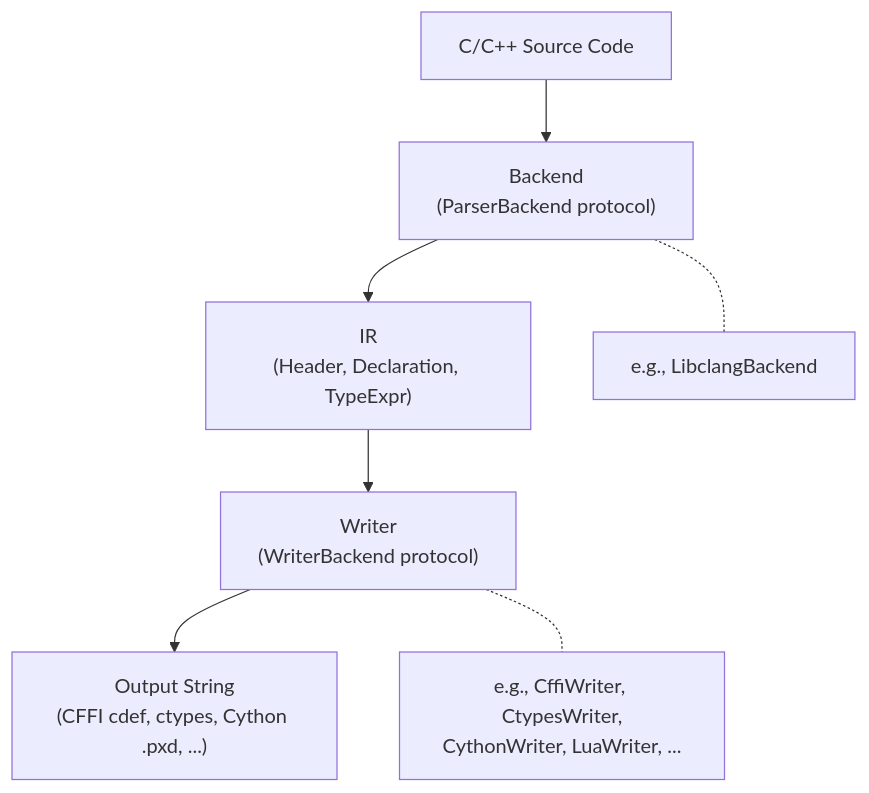
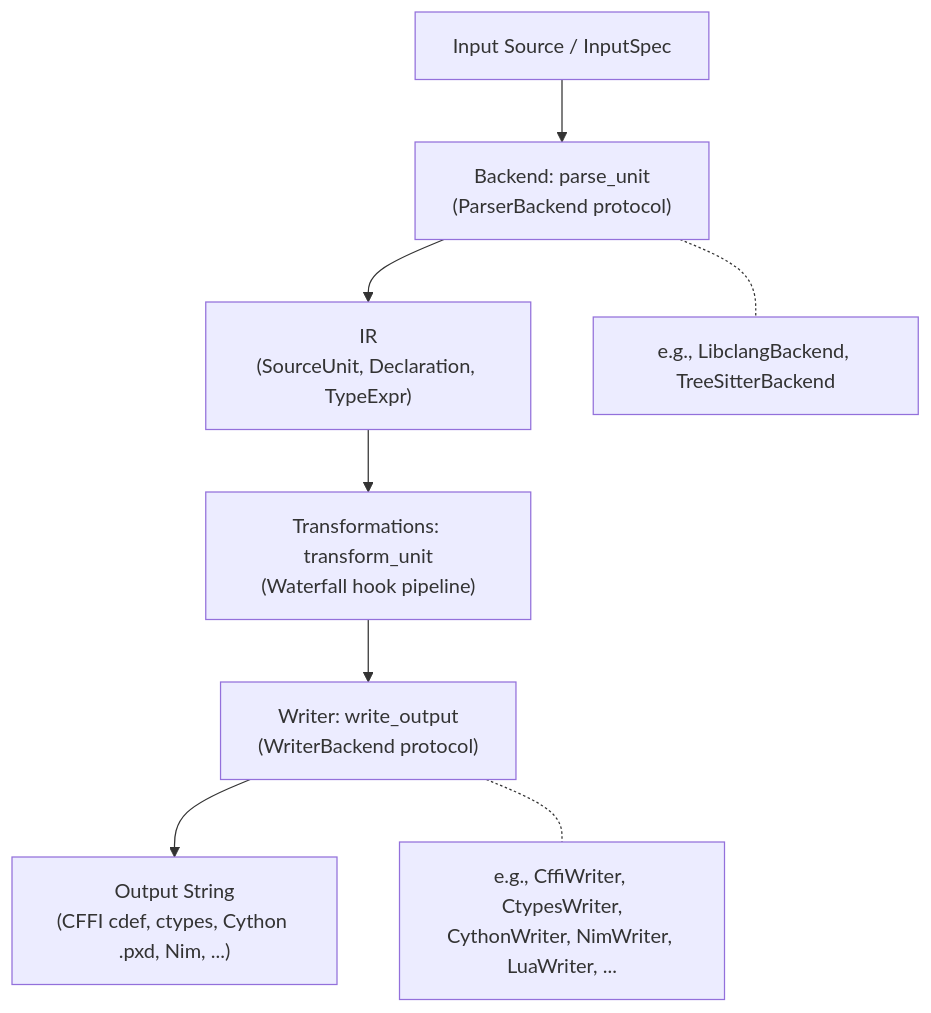
One commit to axiomantic/headerkit changed the first of 3 diagrams in docs/guides/architecture.md. Above: the diagram before and after it, drawn with Mermaid. The commit also changed other lines of this file and 87 other files, not shown here.

First line of the commit message:
feat: unified interop toolkit (hook engine, tree-sitter C/C++, polyglot scaffolding, mojo & cshim writers) (#69)

````diff
--- a/docs/guides/architecture.md
+++ b/docs/guides/architecture.md
@@ -7,11 +7,12 @@
 ```mermaid
 graph TD
-    A["C/C++ Source Code"] --> B
-    B["Backend<br>(ParserBackend protocol)"] --> C
-    C["IR<br>(Header, Declaration, TypeExpr)"] --> D
-    D["Writer<br>(WriterBackend protocol)"] --> E
-    E["Output String<br>(CFFI cdef, ctypes, Cython .pxd, ...)"]
+    A["Input Source / InputSpec"] --> B
+    B["Backend: parse_unit<br>(ParserBackend protocol)"] --> C
+    C["IR<br>(SourceUnit, Declaration, TypeExpr)"] --> D
+    D["Transformations: transform_unit<br>(Waterfall hook pipeline)"] --> E
+    E["Writer: write_output<br>(WriterBackend protocol)"] --> F
+    F["Output String<br>(CFFI cdef, ctypes, Cython .pxd, Nim, ...)"]
 
-    B -.- B1["e.g., LibclangBackend"]
-    D -.- D1["e.g., CffiWriter, CtypesWriter,<br>CythonWriter, LuaWriter, ..."]
+    B -.- B1["e.g., LibclangBackend, TreeSitterBackend"]
+    E -.- E1["e.g., CffiWriter, CtypesWriter,<br>CythonWriter, NimWriter, LuaWriter, ..."]
 ```
````
